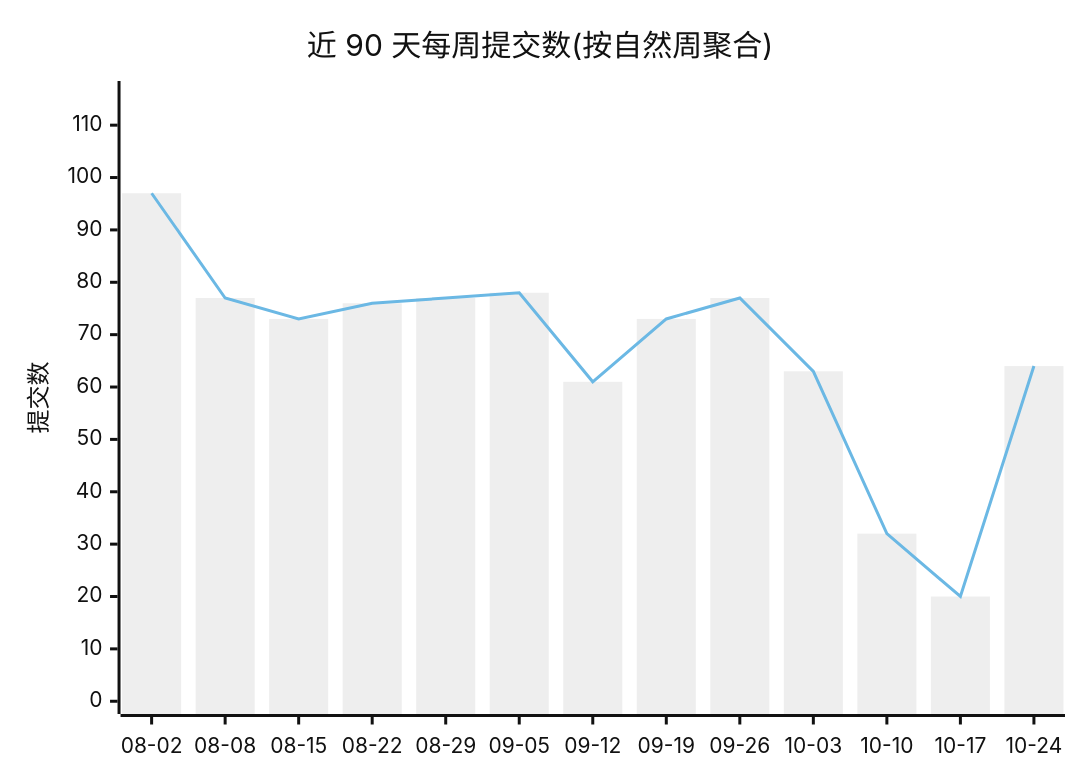
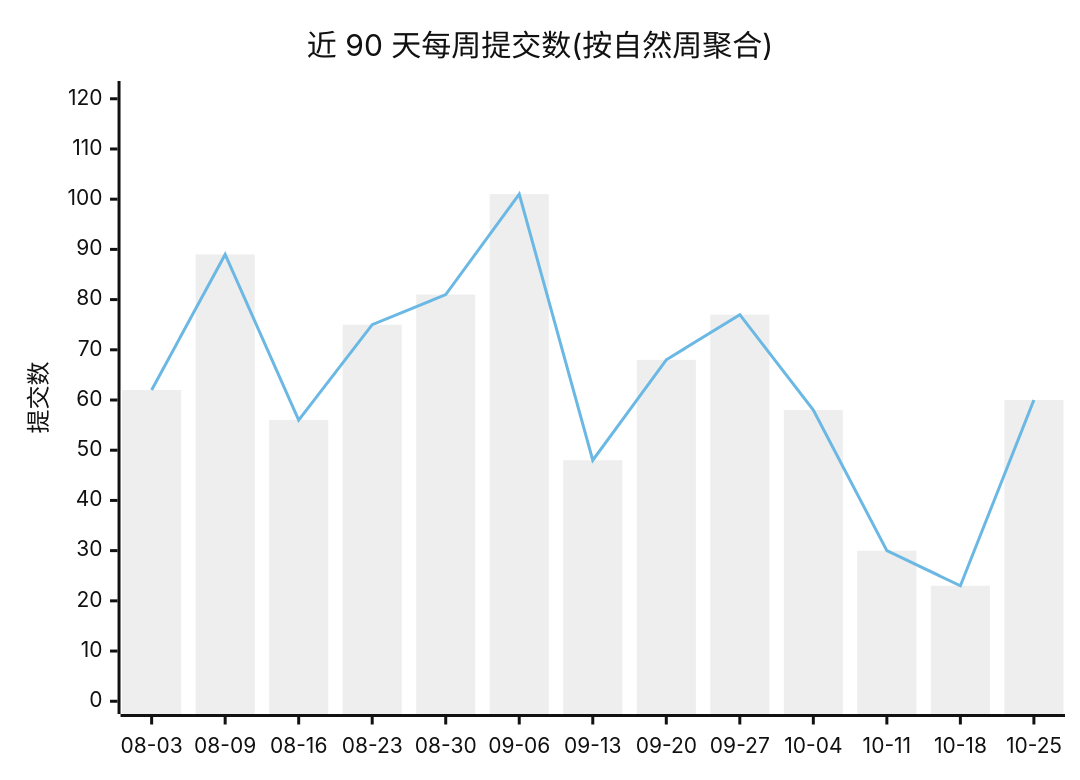
The first of 2 diagrams in profile/README.md (Conflux-Union/.github), drawn with Mermaid (neutral theme) before and after one commit. The commit also changed other lines of this file and 1 other file, not shown here.

````diff
--- a/profile/README.md
+++ b/profile/README.md
@@ -44,8 +44,8 @@
 ```mermaid
 xychart-beta
     title "近 90 天每周提交数(按自然周聚合)"
-    x-axis ["08-02", "08-08", "08-15", "08-22", "08-29", "09-05", "09-12", "09-19", "09-26", "10-03", "10-10", "10-17", "10-24"]
-    y-axis "提交数" 0 --> 116
-    bar [97, 77, 73, 76, 77, 78, 61, 73, 77, 63, 32, 20, 64]
-    line [97, 77, 73, 76, 77, 78, 61, 73, 77, 63, 32, 20, 64]
+    x-axis ["08-03", "08-09", "08-16", "08-23", "08-30", "09-06", "09-13", "09-20", "09-27", "10-04", "10-11", "10-18", "10-25"]
+    y-axis "提交数" 0 --> 121
+    bar [62, 89, 56, 75, 81, 101, 48, 68, 77, 58, 30, 23, 60]
+    line [62, 89, 56, 75, 81, 101, 48, 68, 77, 58, 30, 23, 60]
 ```
````
